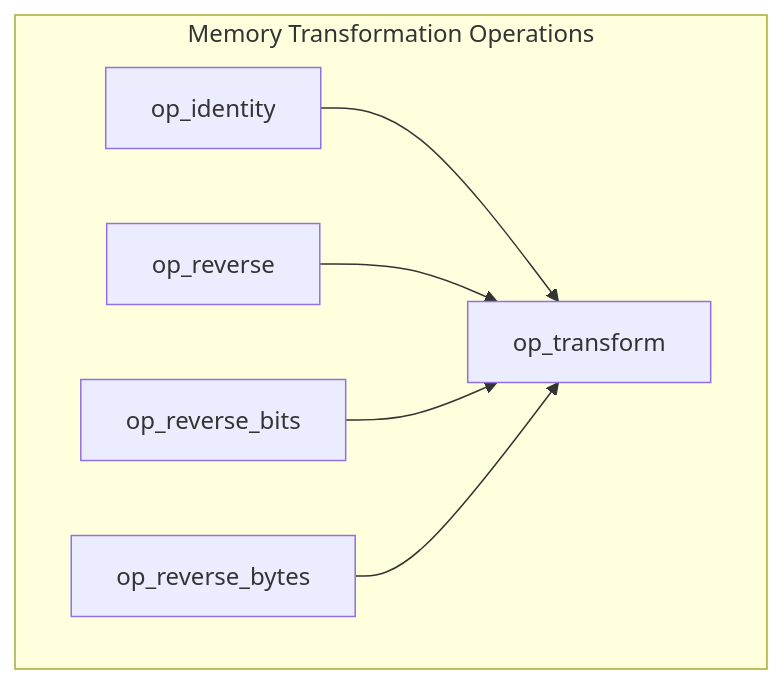
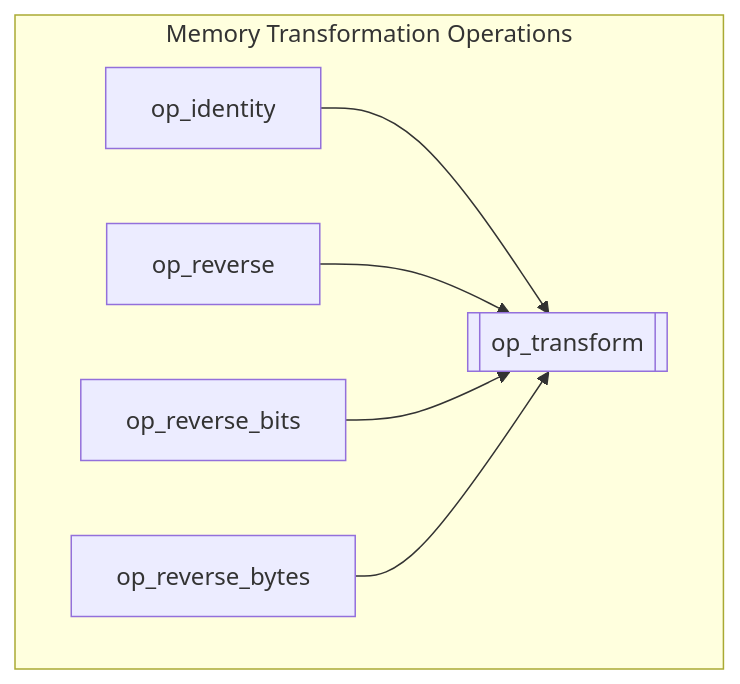
One commit to Pebaz/tidbytes changed the second of 10 diagrams in README.md. Above: the diagram before and after it, drawn with Mermaid. The commit also changed other lines of this file, not shown here.

Commit message:
More diagrams

````diff
--- a/README.md
+++ b/README.md
@@ -15,9 +26,10 @@
 ```mermaid
 graph TD;
     subgraph Memory Transformation Operations
-        op_identity --> op_transform
-        op_reverse --> op_transform
-        op_reverse_bits --> op_transform
-        op_reverse_bytes --> op_transform
+        _1[[op_transform]]
+        op_identity --> _1
+        op_reverse --> _1
+        op_reverse_bits --> _1
+        op_reverse_bytes --> _1
     end
 ```
````
